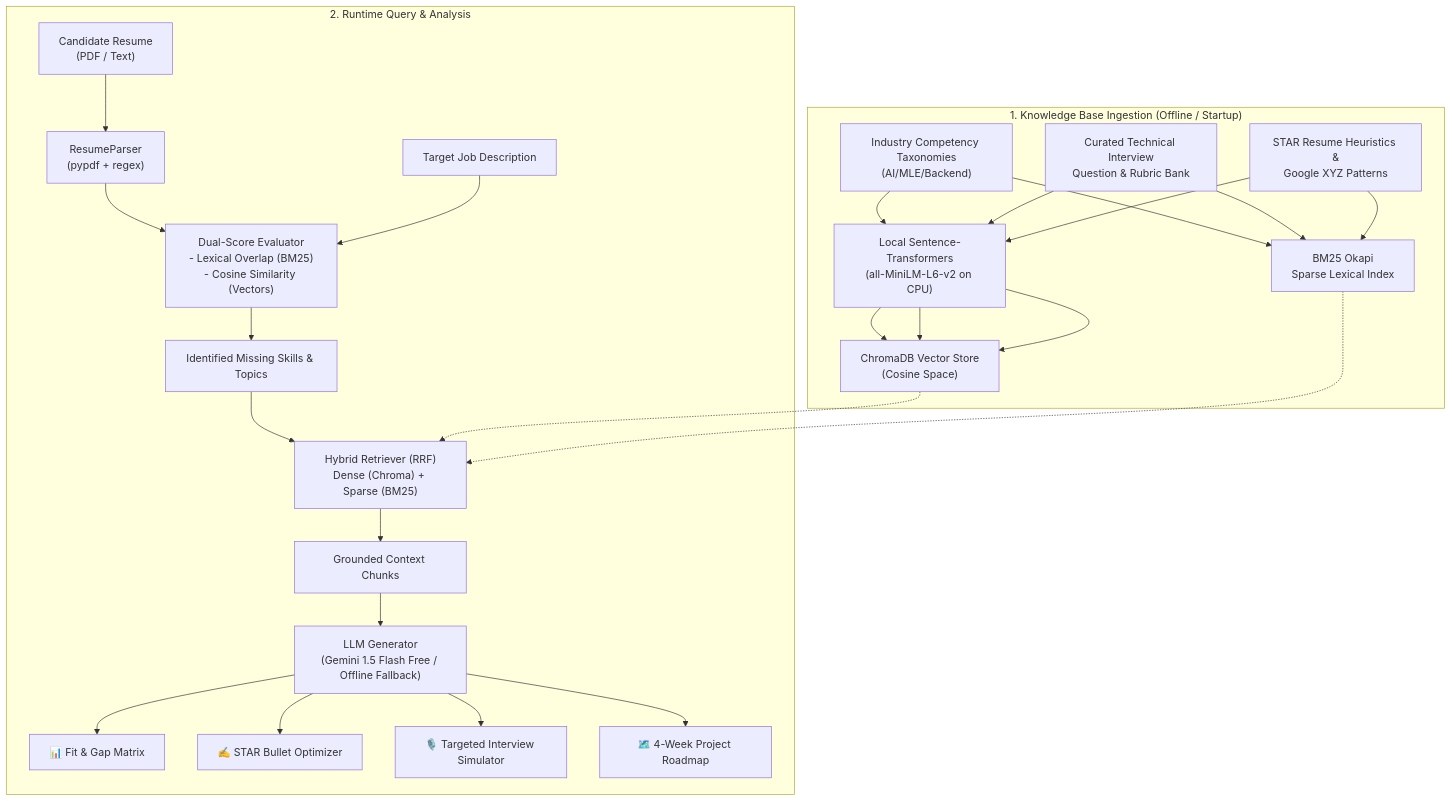
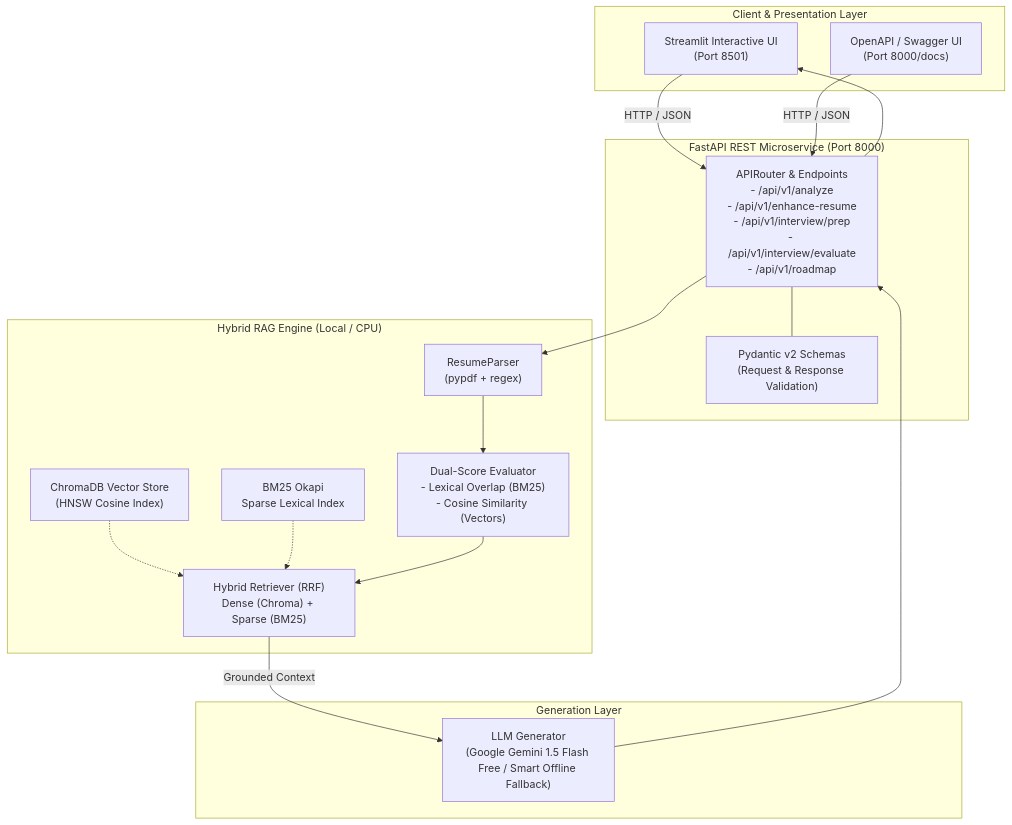
The diagram in README.md (SeifMohamed19/ai-career-coach-rag), drawn with Mermaid before and after one commit. The commit also changed other lines of this file and 11 other files, not shown here.

Commit message:
feat: add FastAPI REST microservice layer, Docker containerization, and OpenAPI docs

````diff
--- a/README.md
+++ b/README.md
@@ -39,45 +46,34 @@
 ```mermaid
 flowchart TD
-    subgraph Ingestion ["1. Knowledge Base Ingestion (Offline / Startup)"]
-        KB_Taxonomies["Industry Competency Taxonomies<br/>(AI/MLE/Backend)"]
-        KB_Interviews["Curated Technical Interview<br/>Question & Rubric Bank"]
-        KB_STAR["STAR Resume Heuristics &<br/>Google XYZ Patterns"]
-        
-        EmbedModel["Local Sentence-Transformers<br/>(all-MiniLM-L6-v2 on CPU)"]
-        Chroma["ChromaDB Vector Store<br/>(Cosine Space)"]
+    subgraph Client ["Client & Presentation Layer"]
+        UI["Streamlit Interactive UI<br/>(Port 8501)"]
+        Swagger["OpenAPI / Swagger UI<br/>(Port 8000/docs)"]
+    end
+
+    subgraph Backend ["FastAPI REST Microservice (Port 8000)"]
+        Router["APIRouter & Endpoints<br/>- /api/v1/analyze<br/>- /api/v1/enhance-resume<br/>- /api/v1/interview/prep<br/>- /api/v1/interview/evaluate<br/>- /api/v1/roadmap"]
+        Schemas["Pydantic v2 Schemas<br/>(Request & Response Validation)"]
+        Router --- Schemas
+    end
+
+    subgraph RAGEngine ["Hybrid RAG Engine (Local / CPU)"]
+        Parser["ResumeParser<br/>(pypdf + regex)"]
+        DualEval["Dual-Score Evaluator<br/>- Lexical Overlap (BM25)<br/>- Cosine Similarity (Vectors)"]
+        HybridSearch["Hybrid Retriever (RRF)<br/>Dense (Chroma) + Sparse (BM25)"]
+        Chroma["ChromaDB Vector Store<br/>(HNSW Cosine Index)"]
         BM25_Index["BM25 Okapi<br/>Sparse Lexical Index"]
 
-        KB_Taxonomies --> EmbedModel --> Chroma
-        KB_Interviews --> EmbedModel --> Chroma
-        KB_STAR --> EmbedModel --> Chroma
-        
-        KB_Taxonomies --> BM25_Index
-        KB_Interviews --> BM25_Index
-        KB_STAR --> BM25_Index
+        Chroma -.-> HybridSearch
+        BM25_Index -.-> HybridSearch
     end
 
-    subgraph Runtime ["2. Runtime Query & Analysis"]
-        UserResume["Candidate Resume<br/>(PDF / Text)"]
-        UserJD["Target Job Description"]
+    subgraph LLM ["Generation Layer"]
+        Gemini["LLM Generator<br/>(Google Gemini 1.5 Flash Free / Smart Offline Fallback)"]
+    end
 
-        Parser["ResumeParser<br/>(pypdf + regex)"]
-        UserResume --> Parser
-        
-        Parser --> DualEval["Dual-Score Evaluator<br/>- Lexical Overlap (BM25)<br/>- Cosine Similarity (Vectors)"]
-        UserJD --> DualEval
-
-        DualEval --> Gaps["Identified Missing Skills & Topics"]
-
-        Gaps --> HybridSearch["Hybrid Retriever (RRF)<br/>Dense (Chroma) + Sparse (BM25)"]
-        Chroma -.-> HybridSearch
-        BM25_Index -.-> HybridSearch
-
-        HybridSearch --> Context["Grounded Context Chunks"]
-        Context --> LLM["LLM Generator<br/>(Gemini 1.5 Flash Free / Offline Fallback)"]
-
-        LLM --> Out1["📊 Fit & Gap Matrix"]
-        LLM --> Out2["✍️ STAR Bullet Optimizer"]
-        LLM --> Out3["🎙️ Targeted Interview Simulator"]
-        LLM --> Out4["🗺️ 4-Week Project Roadmap"]
-    end
+    UI -->|HTTP / JSON| Router
+    Swagger -->|HTTP / JSON| Router
+    Router --> Parser --> DualEval --> HybridSearch
+    HybridSearch -->|Grounded Context| Gemini
+    Gemini --> Router --> UI
 ```
````
